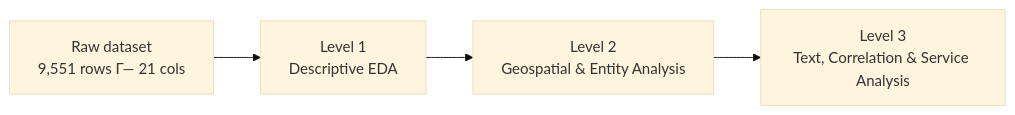
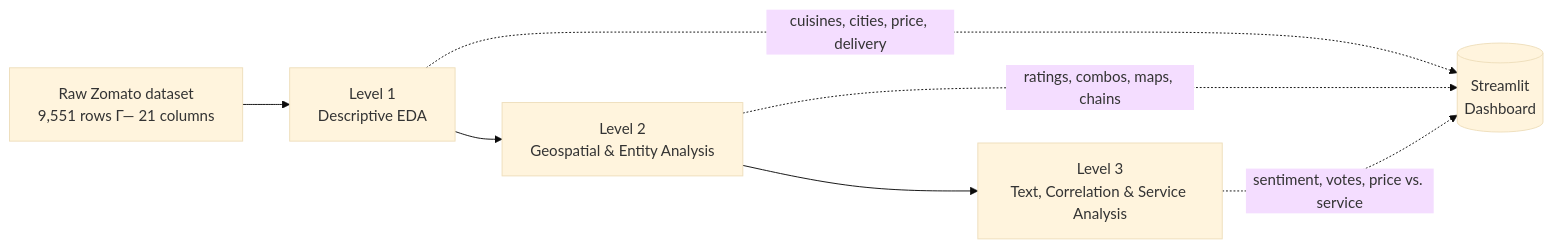
Before and after one commit to Riddhis2226/ZomatoLens-A-Data-Driven-Exploration-of-Restaurant-Trends-in-India: the diagram in README.md, drawn with Mermaid (base theme). The commit also changed other lines of this file, not shown here.

````diff
--- a/README.md
+++ b/README.md
@@ -31,6 +47,9 @@
 ```mermaid
 flowchart LR
-    A[Raw dataset\n9,551 rows Γ— 21 cols] --> B[Level 1\nDescriptive EDA]
+    A[Raw Zomato dataset\n9,551 rows Γ— 21 columns] --> B[Level 1\nDescriptive EDA]
     B --> C[Level 2\nGeospatial & Entity Analysis]
     C --> D[Level 3\nText, Correlation & Service Analysis]
+    B -.->|cuisines, cities, price, delivery| E[(Streamlit\nDashboard)]
+    C -.->|ratings, combos, maps, chains| E
+    D -.->|sentiment, votes, price vs. service| E
 ```
````
